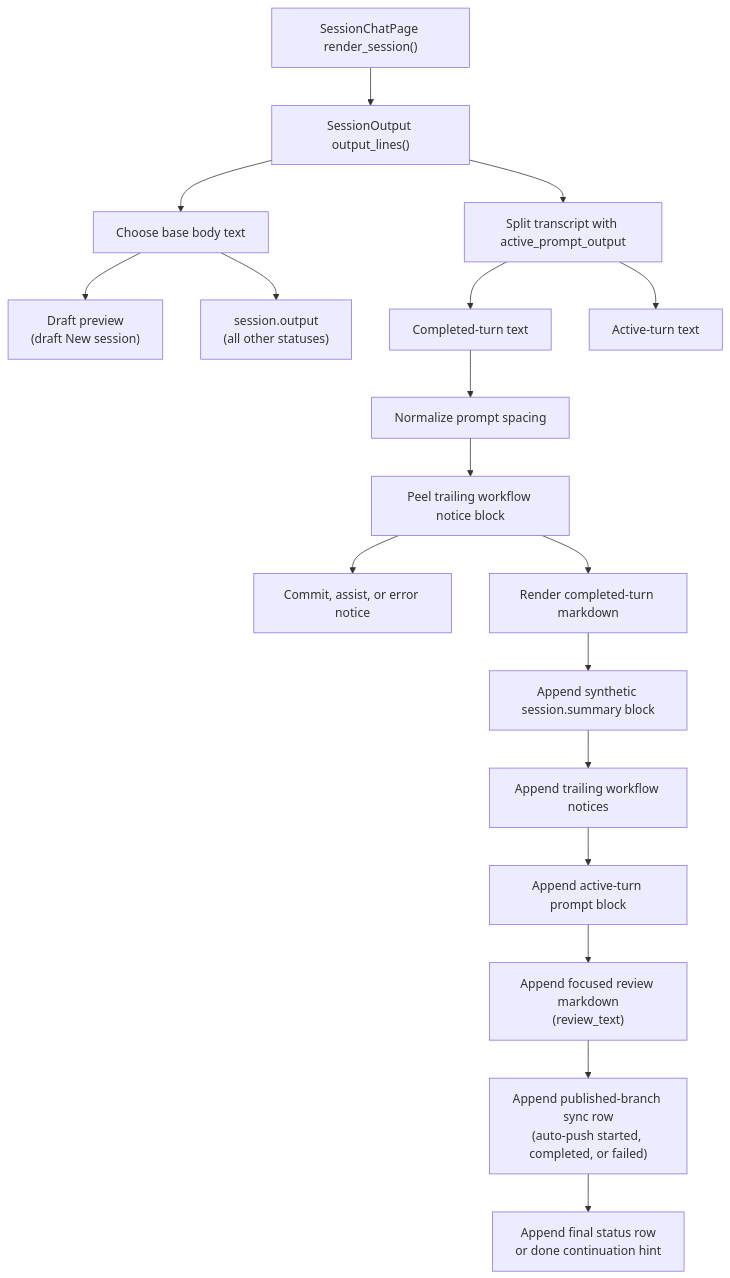
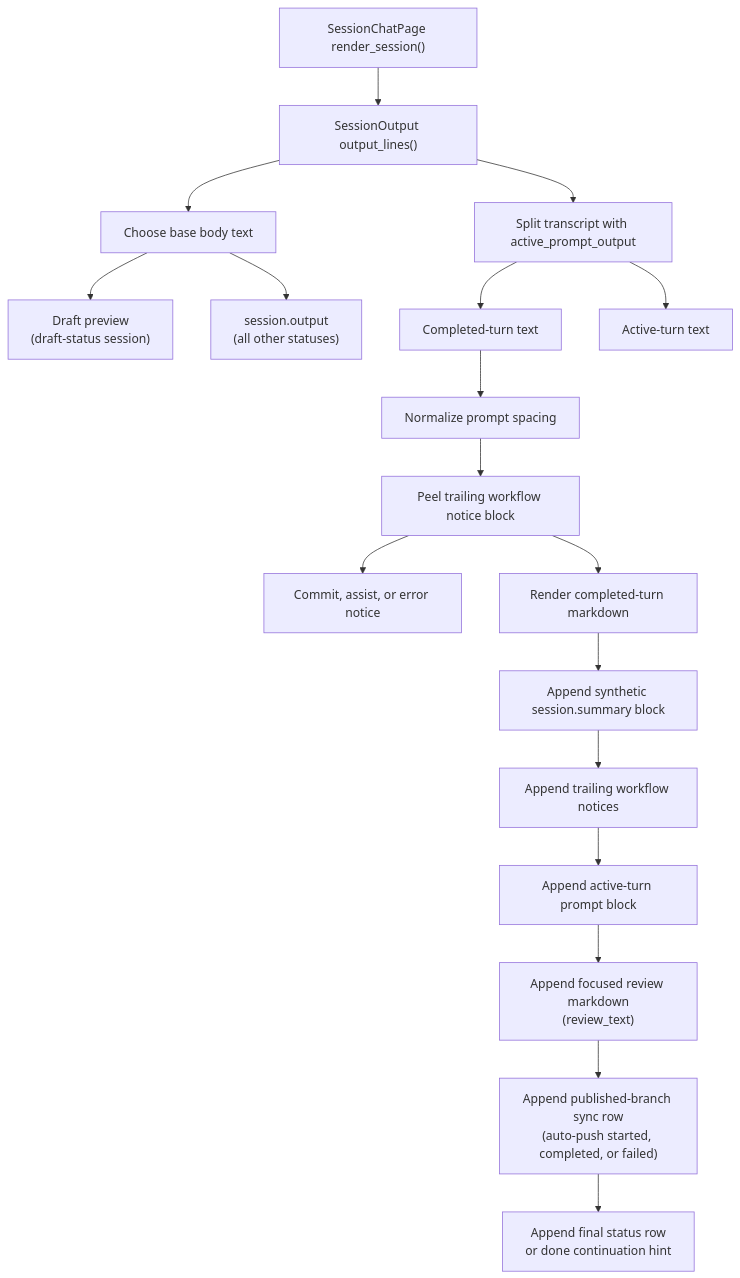
One commit to agentty-xyz/agentty changed the second of 4 diagrams in docs/site/content/docs/architecture/runtime-flow.md. Above: the diagram before and after it, drawn with Mermaid. The commit also changed other lines of this file and 25 other files, not shown here.

First line of the commit message:
Add testty matcher core and Draft session status

````diff
--- a/docs/site/content/docs/architecture/runtime-flow.md
+++ b/docs/site/content/docs/architecture/runtime-flow.md
@@ -219,30 +219,30 @@
 ```mermaid
 flowchart TD
   render["SessionChatPage render_session()"]
   lines["SessionOutput output_lines()"]
   render --> lines
 
   base["Choose base body text"]
   lines --> base
-  base --> draft["Draft preview<br/>(draft New session)"]
+  base --> draft["Draft preview<br/>(draft-status session)"]
   base --> transcript["session.output<br/>(all other statuses)"]
 
   split["Split transcript with active_prompt_output"]
   completed["Completed-turn text"]
   active["Active-turn text"]
   lines --> split
   split --> completed
   split --> active
 
   completed --> spacing["Normalize prompt spacing"]
   spacing --> footer_split["Peel trailing workflow notice block"]
   footer_split --> footer_kind["Commit, assist, or error notice"]
   footer_split --> completed_md["Render completed-turn markdown"]
 
   completed_md --> summary["Append synthetic session.summary block"]
   summary --> footer["Append trailing workflow notices"]
   footer --> active_prompt["Append active-turn prompt block"]
   active_prompt --> review["Append focused review markdown<br/>(review_text)"]
   review --> branch_sync["Append published-branch sync row<br/>(auto-push started, completed, or failed)"]
   branch_sync --> final_row["Append final status row<br/>or done continuation hint"]
 ```
````
